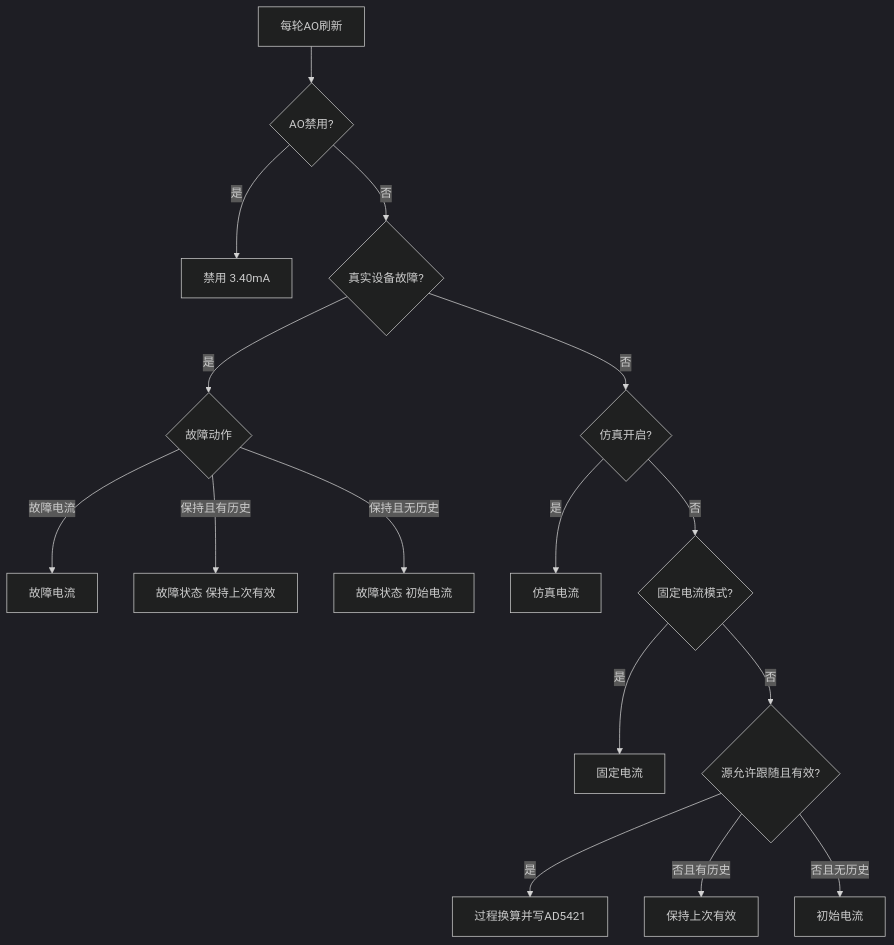
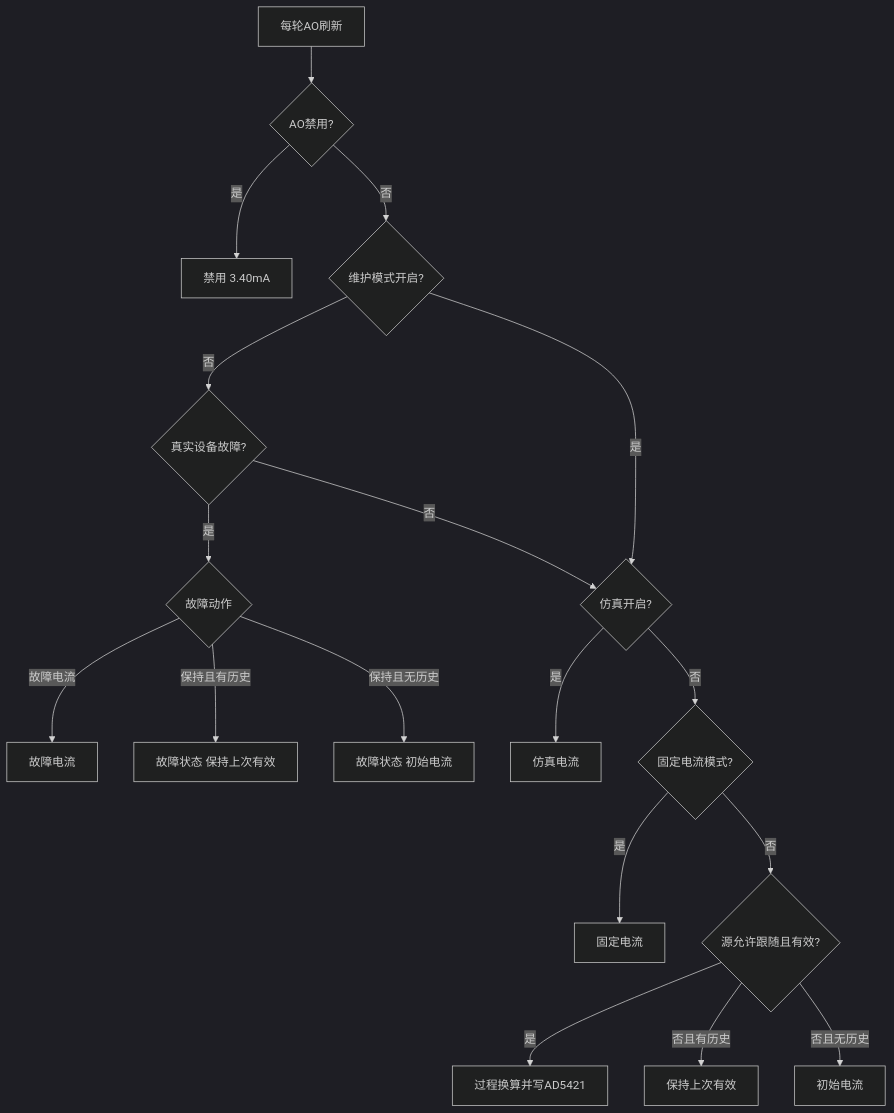
One commit to duanxuebin1998/cube changed the diagram in docs/01_协议与寄存器/AO电流输出/4-20mA电流输出逻辑.md. Above: the diagram before and after it, drawn with Mermaid (dark theme). The commit also changed other lines of this file and 77 other files, not shown here.

````diff
--- a/docs/01_协议与寄存器/AO电流输出/4-20mA电流输出逻辑.md
+++ b/docs/01_协议与寄存器/AO电流输出/4-20mA电流输出逻辑.md
@@ -53,18 +57,20 @@
 ```mermaid
 flowchart TD
     A[每轮AO刷新] --> B{AO禁用?}
     B -- 是 --> D[禁用 3.40mA]
-    B -- 否 --> C{真实设备故障?}
-    C -- 是 --> F{故障动作}
+    B -- 否 --> C{维护模式开启?}
+    C -- 否 --> E{真实设备故障?}
+    E -- 是 --> F{故障动作}
     F -- 故障电流 --> G[故障电流]
     F -- 保持且有历史 --> H[故障状态 保持上次有效]
     F -- 保持且无历史 --> I[故障状态 初始电流]
-    C -- 否 --> J{仿真开启?}
+    C -- 是 --> J{仿真开启?}
+    E -- 否 --> J
     J -- 是 --> K[仿真电流]
     J -- 否 --> L{固定电流模式?}
     L -- 是 --> M[固定电流]
     L -- 否 --> N{源允许跟随且有效?}
     N -- 是 --> P[过程换算并写AD5421]
     N -- 否且有历史 --> Q[保持上次有效]
     N -- 否且无历史 --> R[初始电流]
 ```
````
